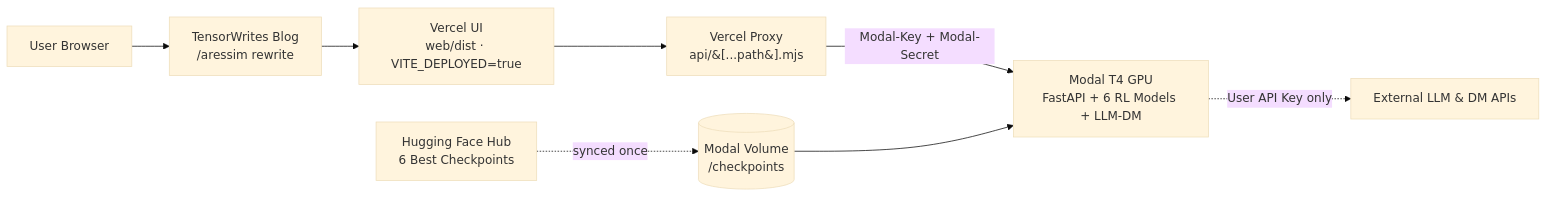
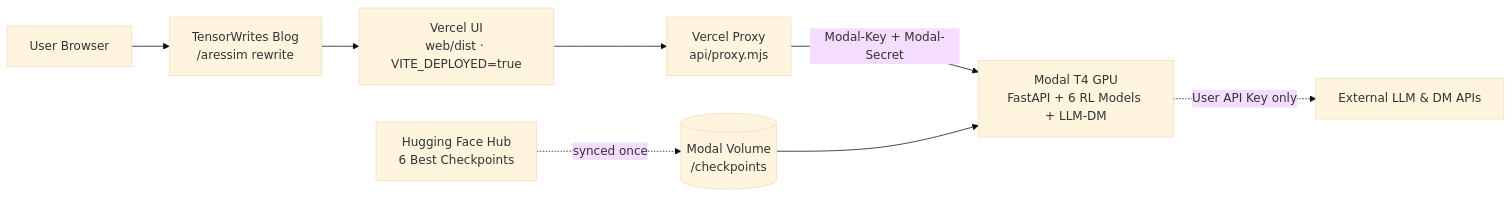
The diagram in README.md (shanmukh05/AresSim), drawn with Mermaid (base theme) before and after one commit. The commit also changed other lines of this file and 3 other files, not shown here.

````diff
--- a/README.md
+++ b/README.md
@@ -127,10 +127,10 @@
 ```mermaid
 flowchart LR
   user[User Browser] --> blog[TensorWrites Blog<br/>/aressim rewrite]
   blog --> ui[Vercel UI<br/>web/dist · VITE_DEPLOYED=true]
-  ui --> proxy[Vercel Proxy<br/>api/&#91;...path&#93;.mjs]
+  ui --> proxy[Vercel Proxy<br/>api/proxy.mjs]
   proxy -->|Modal-Key + Modal-Secret| modal[Modal T4 GPU<br/>FastAPI + 6 RL Models + LLM-DM]
   hf[Hugging Face Hub<br/>6 Best Checkpoints] -.->|synced once| vol[(Modal Volume<br/>/checkpoints)]
   vol --> modal
   modal -.->|User API Key only| llm[External LLM &amp; DM APIs]
 ```
````
